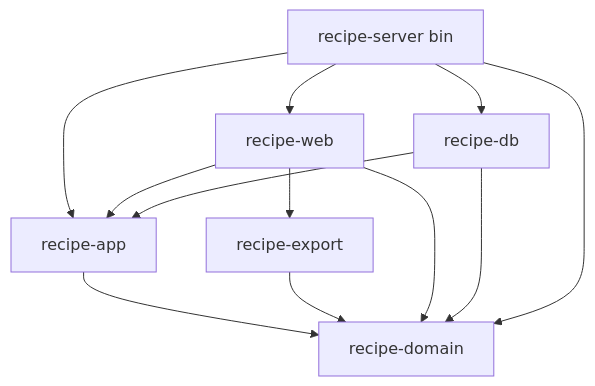
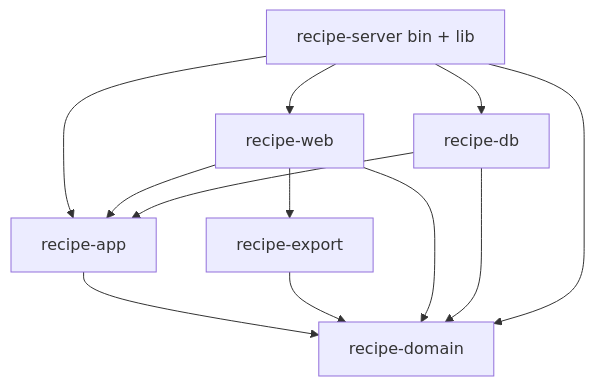
Before and after one commit to rtmachines/editor-web-cc: the fourth of 4 diagrams in docs/architecture/overview.md, drawn with Mermaid. The commit also changed other lines of this file and 452 other files, not shown here.

````diff
--- a/docs/architecture/overview.md
+++ b/docs/architecture/overview.md
@@ -99,14 +100,14 @@
 ```mermaid
 flowchart TD
-    server[recipe-server bin] --> web[recipe-web]
+    server[recipe-server bin + lib] --> web[recipe-web]
     server --> db[recipe-db]
     server --> app[recipe-app]
     web --> app
     web --> export[recipe-export]
     db --> app
     app --> domain[recipe-domain]
     export --> domain
     web --> domain
     db --> domain
     server --> domain
 ```
````
